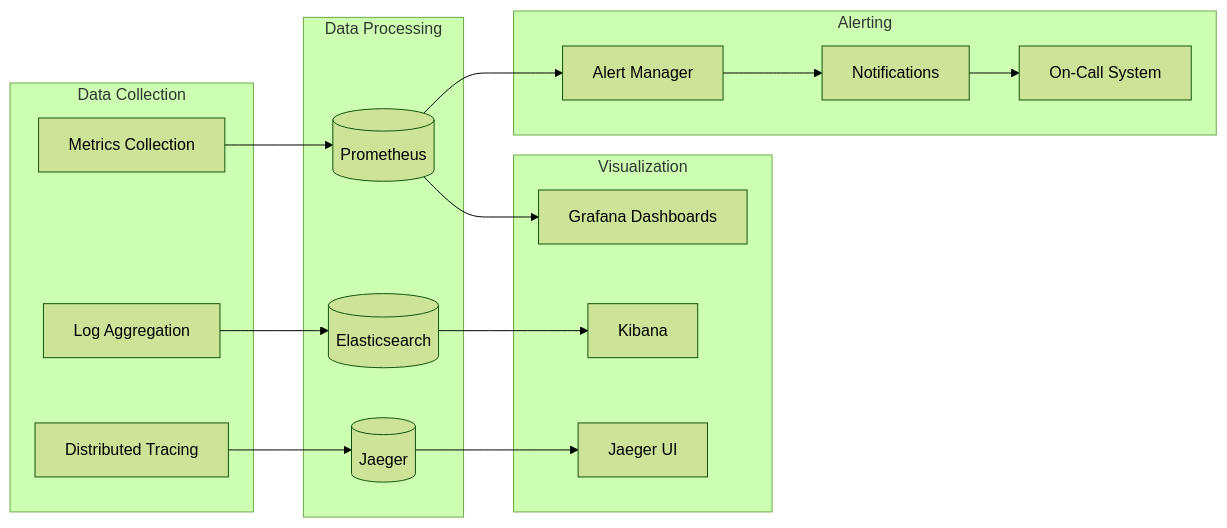
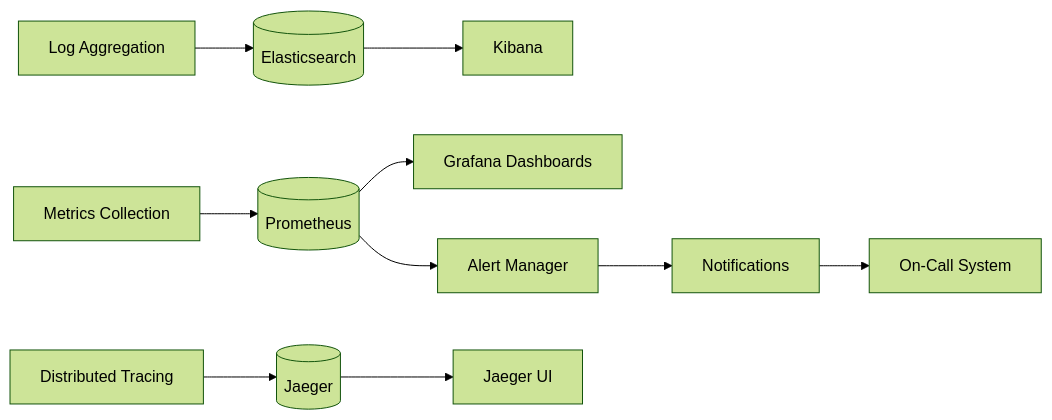
Before and after one commit to fluxsce/gateway: diagram 12 of 16 in docs/guide/architecture.md, drawn with Mermaid (forest theme). The commit also changed other lines of this file and 1 other file, not shown here.

Commit message:
架构图显示错误修复

````diff
--- a/docs/guide/architecture.md
+++ b/docs/guide/architecture.md
@@ -553,38 +341,14 @@
 ```mermaid
 graph LR
-    subgraph "Data Collection"
-        Metrics[Metrics Collection]
-        Logs[Log Aggregation]
-        Traces[Distributed Tracing]
-    end
+    Metrics[Metrics Collection] --> MetricsDB[(Prometheus)]
+    Logs[Log Aggregation] --> LogsDB[(Elasticsearch)]
+    Traces[Distributed Tracing] --> TracesDB[(Jaeger)]
     
-    subgraph "Data Processing"
-        MetricsDB[(Prometheus)]
-        LogsDB[(Elasticsearch)]
-        TracesDB[(Jaeger)]
-    end
+    MetricsDB --> Grafana[Grafana Dashboards]
+    LogsDB --> Kibana[Kibana]
+    TracesDB --> Jaeger[Jaeger UI]
     
-    subgraph "Visualization"
-        Grafana[Grafana Dashboards]
-        Kibana[Kibana]
-        Jaeger[Jaeger UI]
-    end
-    
-    subgraph "Alerting"
-        AlertManager[Alert Manager]
-        Notifications[Notifications]
-        OnCall[On-Call System]
-    end
-    
-    Metrics --> MetricsDB
-    Logs --> LogsDB
-    Traces --> TracesDB
-    
-    MetricsDB --> Grafana
-    LogsDB --> Kibana
-    TracesDB --> Jaeger
-    
-    MetricsDB --> AlertManager
-    AlertManager --> Notifications
-    Notifications --> OnCall
+    MetricsDB --> AlertManager[Alert Manager]
+    AlertManager --> Notifications[Notifications]
+    Notifications --> OnCall[On-Call System]
 ```
````
